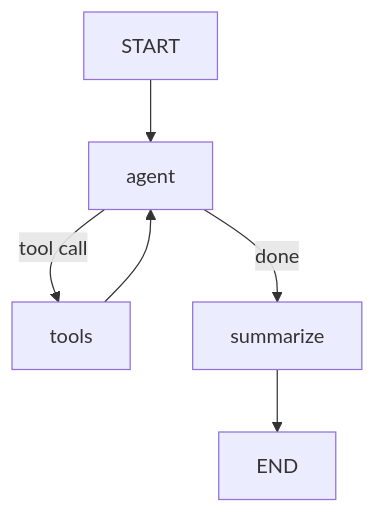
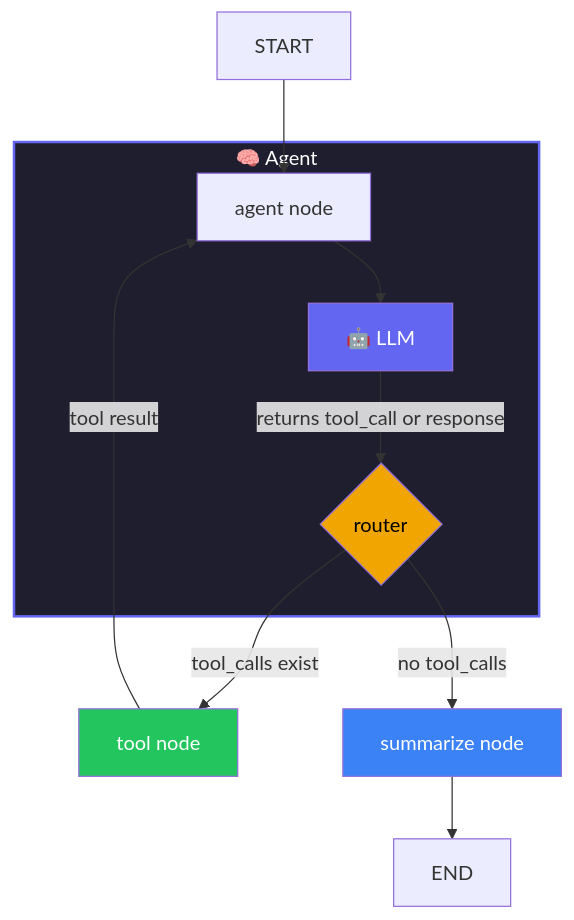
The diagram in log_analyzer/README_DEMO.md (rajeshkr2016/agentic_ai), drawn with Mermaid before and after one commit. The commit also changed other lines of this file and 18 other files, not shown here.

````diff
--- a/log_analyzer/README_DEMO.md
+++ b/log_analyzer/README_DEMO.md
@@ -15,8 +15,20 @@
 ```mermaid
 flowchart TD
-    A[START] --> B[agent]
-    B -->|tool call| C[tools]
-    C --> B
-    B -->|done| D[summarize]
+    A[START] --> B
+
+    subgraph AGENT["🧠 Agent"]
+        B[agent node] --> LLM[🤖 LLM]
+        LLM -->|returns tool_call or response| R{router}
+    end
+
+    R -->|tool_calls exist| C[tool node]
+    C -->|tool result| B
+    R -->|no tool_calls| D[summarize node]
     D --> E[END]
+
+    style LLM fill:#6366f1,color:#fff
+    style R fill:#f0a500,color:#000
+    style C fill:#22c55e,color:#fff
+    style D fill:#3b82f6,color:#fff
+    style AGENT fill:#1e1e2e,color:#fff,stroke:#6366f1,stroke-width:2px
 ```
````
